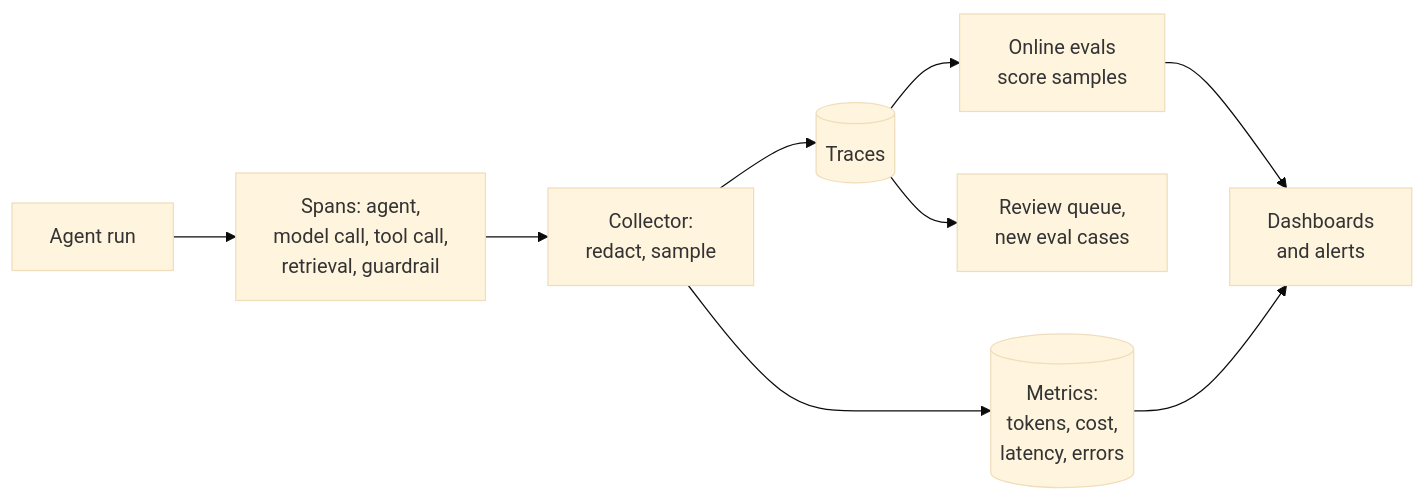
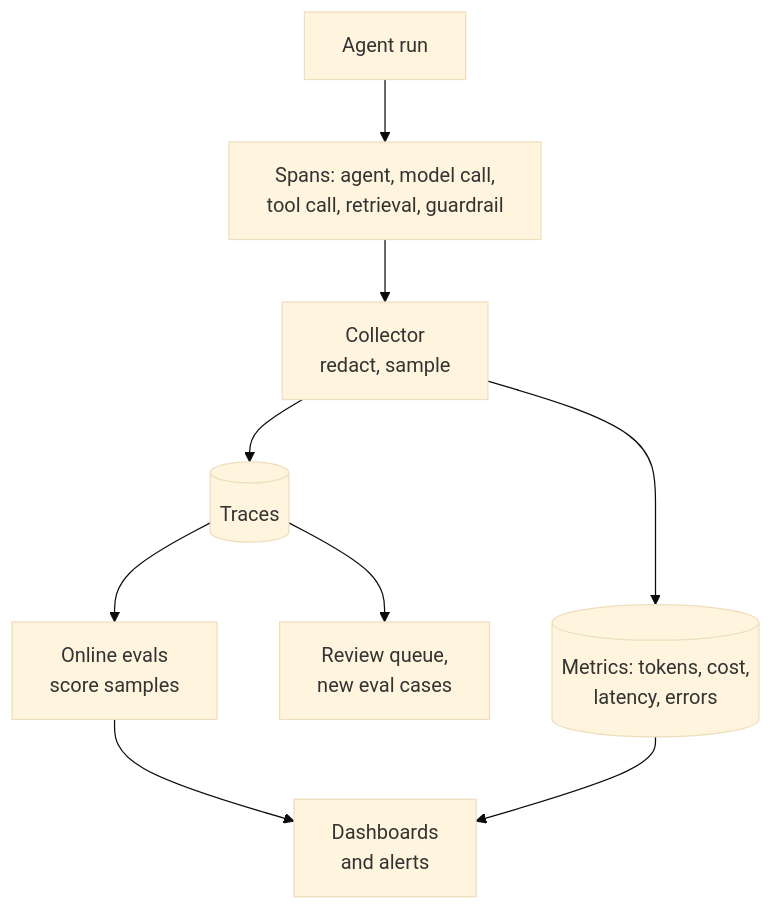
The diagram in images/src/3.16-observability.mmd (daneb/ai-system-design-primer), drawn with Mermaid (base theme) before and after one commit. The commit also changed 151 other files, not shown here.

```diff
--- a/images/src/3.16-observability.mmd
+++ b/images/src/3.16-observability.mmd
@@ -1,10 +1,9 @@
-%% alt: Diagram for 3.16 Observability: Agent run, Spans: agent, model call, tool call, retrieval, guardrail, Collector: redact, sample, Traces, Metrics: tokens, cost, latency, errors, Online evals score samples, Dashboards and alerts
-flowchart LR
-  A[Agent run] --> S[Spans: agent,<br/>model call, tool call,<br/>retrieval, guardrail]
-  S --> C[Collector:<br/>redact, sample]
-  C --> T[(Traces)]
-  C --> M[(Metrics:<br/>tokens, cost,<br/>latency, errors)]
-  T --> E[Online evals<br/>score samples]
-  E --> D[Dashboards<br/>and alerts]
-  M --> D
-  T --> R[Review queue,<br/>new eval cases]
+%% alt: Each agent run emits spans for the agent, model calls, tool calls, retrieval and guardrails. A collector redacts and samples them into traces and metrics (tokens, cost, latency, errors). Online evals score sampled traces; scores and metrics feed dashboards and alerts, and selected traces go to a review queue and become new eval cases.
+flowchart TB
+  A[Agent run]:::model --> S[Spans: agent, model call,<br/>tool call, retrieval, guardrail]:::tool
+  S --> C[Collector<br/>redact, sample]:::control
+  C --> T[(Traces)]:::data
+  C --> M[(Metrics: tokens, cost,<br/>latency, errors)]:::data
+  T --> E[Online evals<br/>score samples]:::control
+  T --> R[Review queue,<br/>new eval cases]:::human
+  E & M --> D[Dashboards<br/>and alerts]:::tool
```
